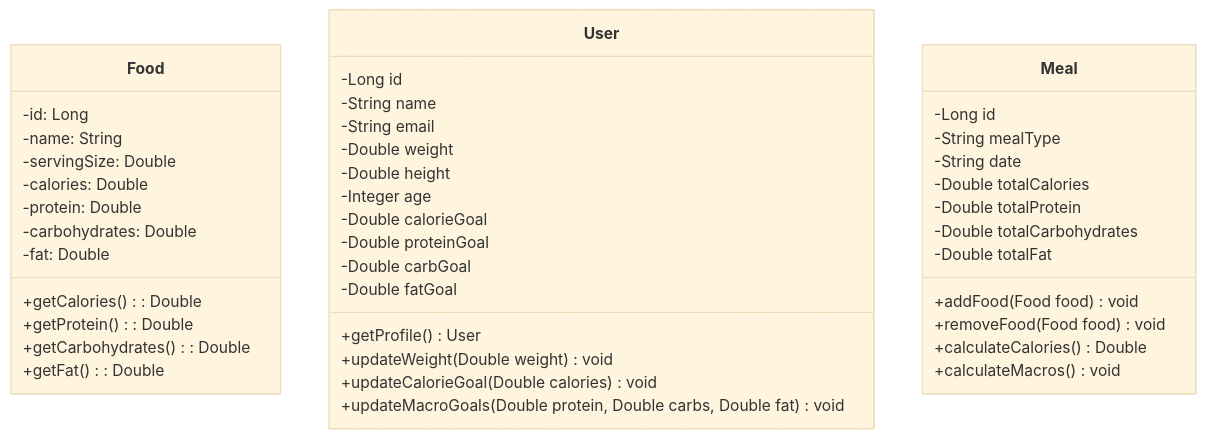
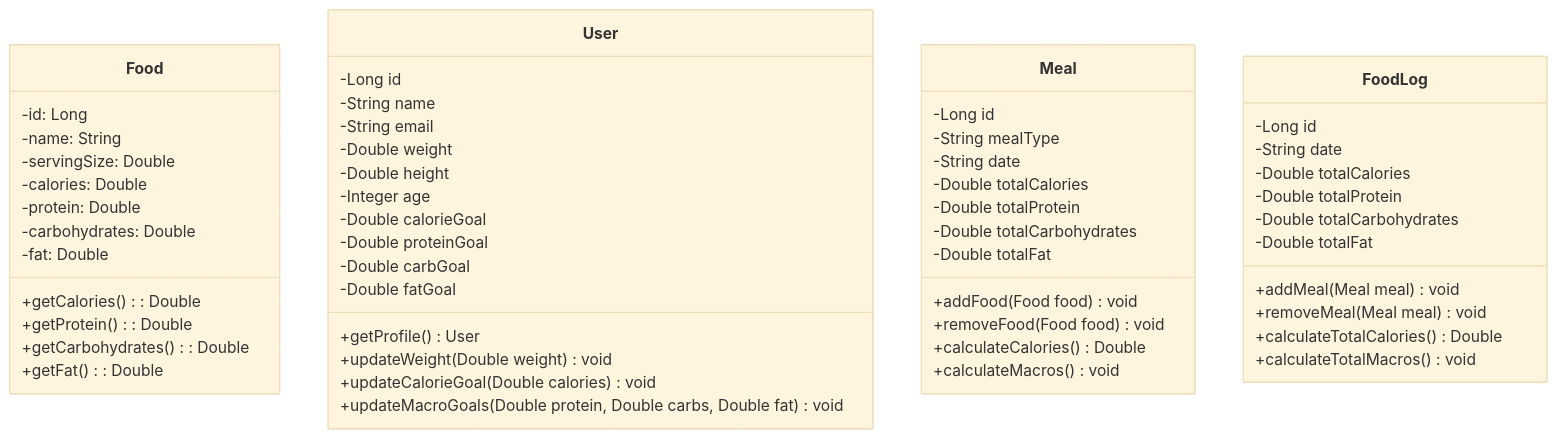
The third of 4 diagrams in README.md (EShim003/cen5064-project-Shim), drawn with Mermaid (base theme) before and after one commit.

Commit message:
Update README.md
created the "Foodlog" Class diagram

````diff
--- a/README.md
+++ b/README.md
@@ -61,50 +61,64 @@
 ```mermaid
 %% Class diagram: your 3–4 core domain classes.
 classDiagram
     class Food {
         -id: Long
         -name: String
         -servingSize: Double         
         -calories: Double            
         -protein: Double             
         -carbohydrates: Double       
         -fat: Double     
         +getCalories(): Double       
         +getProtein(): Double        
         +getCarbohydrates(): Double  
         +getFat(): Double
 }
 
     class User {
         -Long id
         -String name
         -String email
         -Double weight
         -Double height
         -Integer age
         -Double calorieGoal
         -Double proteinGoal
         -Double carbGoal
         -Double fatGoal
 
         +getProfile() User
         +updateWeight(Double weight) void
         +updateCalorieGoal(Double calories) void
         +updateMacroGoals(Double protein, Double carbs, Double fat) void
     }
 
     class Meal {
         -Long id
         -String mealType
         -String date
         -Double totalCalories
         -Double totalProtein
         -Double totalCarbohydrates
         -Double totalFat
 
         +addFood(Food food) void
         +removeFood(Food food) void
         +calculateCalories() Double
         +calculateMacros() void
     }
+
+    class FoodLog {
+        -Long id
+        -String date
+        -Double totalCalories
+        -Double totalProtein
+        -Double totalCarbohydrates
+        -Double totalFat
+
+        +addMeal(Meal meal) void
+        +removeMeal(Meal meal) void
+        +calculateTotalCalories() Double
+        +calculateTotalMacros() void
+    }
 ```
````
